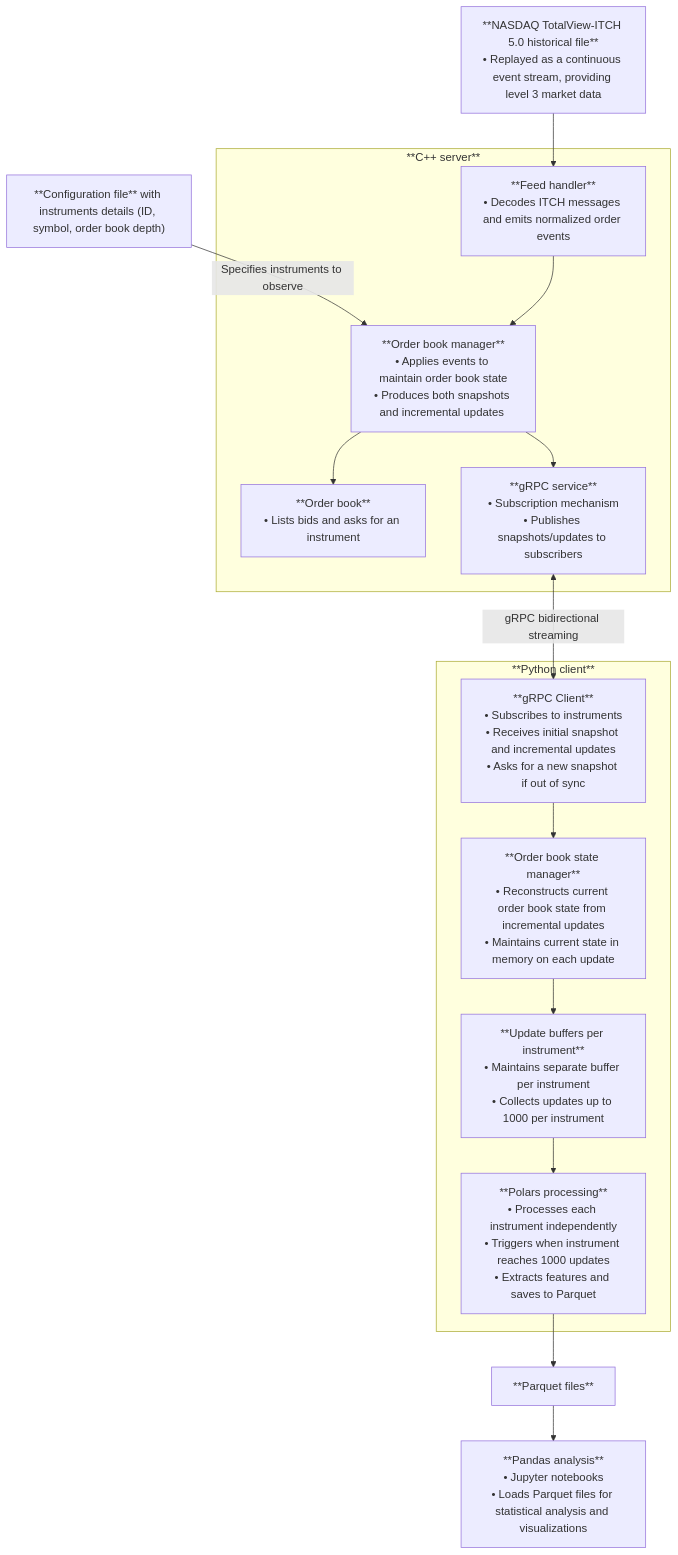
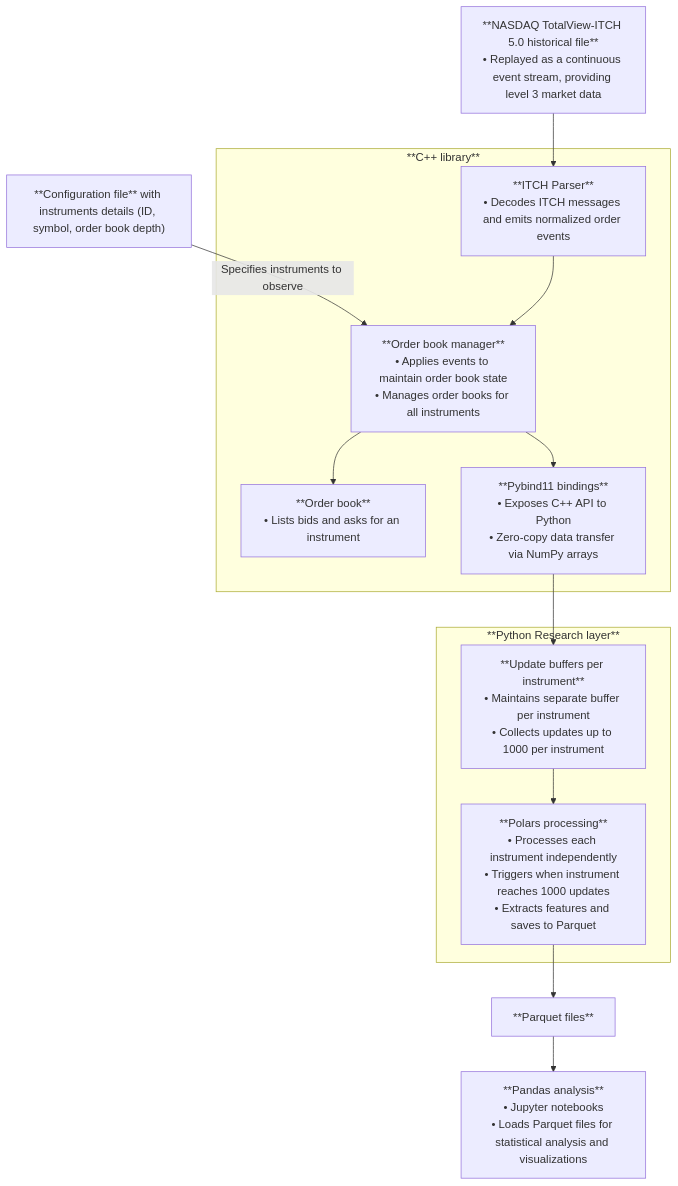
The diagram in README.md (sephorah/ITCH-market-data-engine), drawn with Mermaid before and after one commit. The commit also changed other lines of this file and 26 other files, not shown here.

````diff
--- a/README.md
+++ b/README.md
@@ -7,45 +9,40 @@
 ```mermaid
 flowchart TD
 
     config_file["**Configuration file** with instruments details (ID, symbol, order book depth)"]
     
     nasdaq_itch_file[**NASDAQ TotalView-ITCH 5.0 historical file**<br/>• Replayed as a continuous event stream, providing level 3 market data]
 
-    subgraph cpp_server[**C++ server**]
+    subgraph cpp_server[**C++ library**]
 
-        feed_handler["**Feed handler**<br/>• Decodes ITCH messages and emits normalized order events"]
+        itch_parser["**ITCH Parser**<br/>• Decodes ITCH messages and emits normalized order events"]
 
-        order_book_manager[**Order book manager**<br/>• Applies events to maintain order book state<br/>• Produces both snapshots and incremental updates <br/>]
+        order_book_manager[**Order book manager**<br/>• Applies events to maintain order book state<br/>• Manages order books for all instruments]
         
         order_book[**Order book**<br/>• Lists bids and asks for an instrument]
 
-        grpc_service[**gRPC service**<br/>• Subscription mechanism<br/>• Publishes snapshots/updates to subscribers]
+        pybind11_interface[**Pybind11 bindings**<br/>• Exposes C++ API to Python<br/>• Zero-copy data transfer via NumPy arrays]
     end
 
-    subgraph python_client[**Python client**]
-        grpc_client[**gRPC Client**<br/>• Subscribes to instruments<br/>• Receives initial snapshot and incremental updates<br/>• Asks for a new snapshot if out of sync]
-
-        order_book_state_manager[**Order book state manager**<br/>• Reconstructs current order book state from incremental updates<br/>• Maintains current state in memory on each update]
+    subgraph python_layer[**Python Research layer**]
 
         update_buffers[**Update buffers per instrument**<br/>• Maintains separate buffer per instrument<br/>• Collects updates up to 1000 per instrument]
 
         polars_processing[**Polars processing**<br/>• Processes each instrument independently<br/>• Triggers when instrument reaches 1000 updates<br/>• Extracts features and saves to Parquet]
     end
 
     parquet_files[**Parquet files**]
     
     pandas_analysis[**Pandas analysis**<br/>• Jupyter notebooks<br/>• Loads Parquet files for statistical analysis and visualizations]
 
 
     config_file -->|Specifies instruments to observe| order_book_manager
-    grpc_service <-->|gRPC bidirectional streaming| grpc_client
     order_book_manager --> order_book
-    order_book_manager --> grpc_service
-    nasdaq_itch_file --> feed_handler
-    feed_handler --> order_book_manager
-    grpc_client --> order_book_state_manager
-    order_book_state_manager --> update_buffers
+    nasdaq_itch_file --> itch_parser
+    itch_parser --> order_book_manager
+    order_book_manager --> pybind11_interface
+    pybind11_interface --> update_buffers
     update_buffers --> polars_processing
     polars_processing --> parquet_files
     parquet_files --> pandas_analysis
 ```
````
